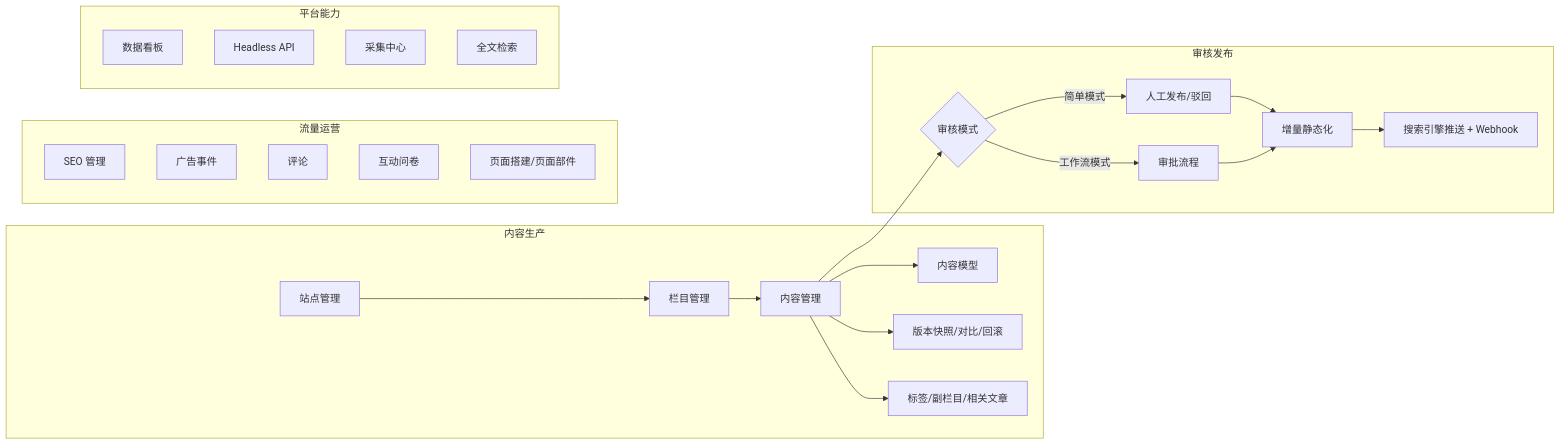
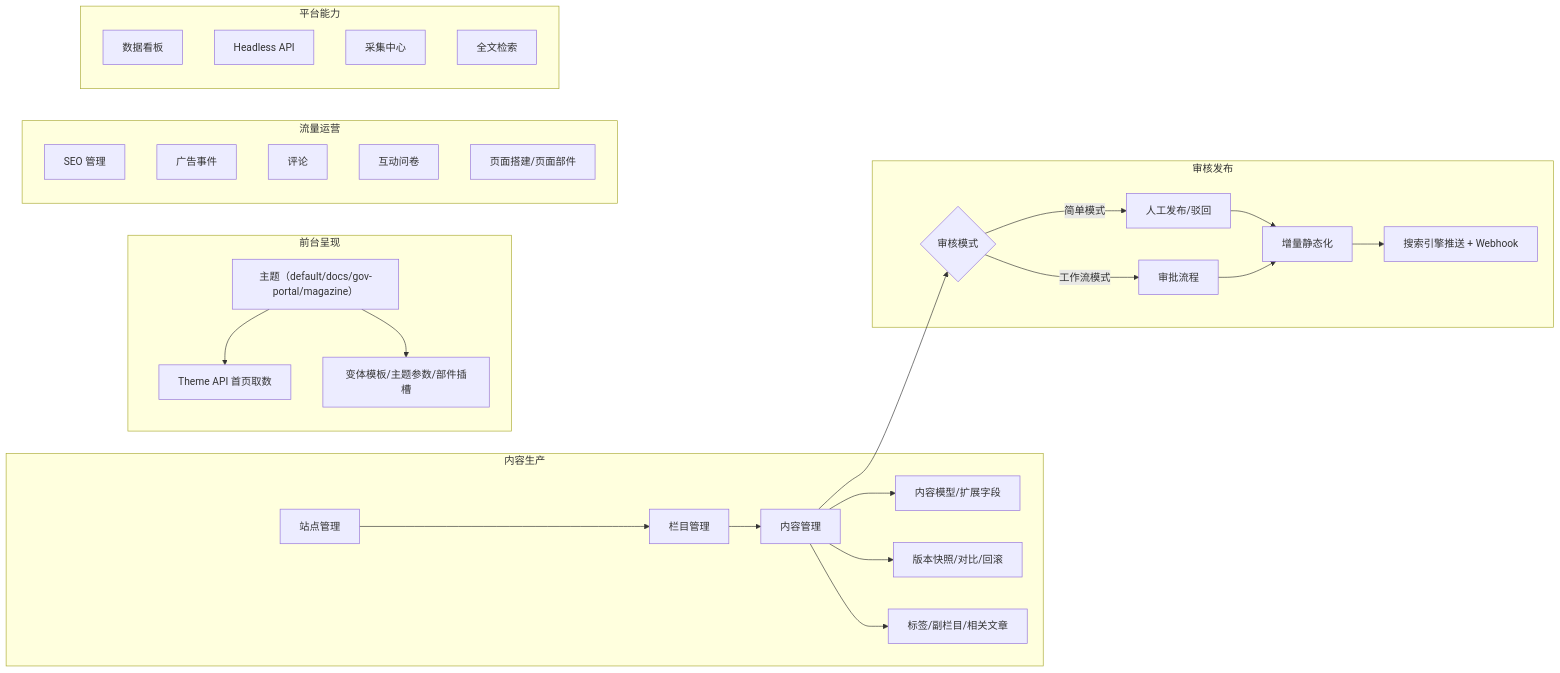
One commit to WuZhangTing/zenith-admin changed the diagram in docs/cms/index.md. Above: the diagram before and after it, drawn with Mermaid. The commit also changed other lines of this file and 9 other files, not shown here.

````diff
--- a/docs/cms/index.md
+++ b/docs/cms/index.md
@@ -7,23 +7,27 @@
 ```mermaid
 graph LR
     subgraph 内容生产
         A[站点管理] --> B[栏目管理]
         B --> C[内容管理]
-        C --> C1[内容模型]
+        C --> C1[内容模型/扩展字段]
         C --> C2[版本快照/对比/回滚]
         C --> C3[标签/副栏目/相关文章]
     end
     subgraph 审核发布
         C --> D{审核模式}
         D -->|简单模式| D1[人工发布/驳回]
         D -->|工作流模式| D2[审批流程]
         D1 & D2 --> E[增量静态化]
         E --> F[搜索引擎推送 + Webhook]
     end
+    subgraph 前台呈现
+        T[主题（default/docs/gov-portal/magazine）] --> T1[Theme API 首页取数]
+        T --> T2[变体模板/主题参数/部件插槽]
+    end
     subgraph 流量运营
         G[SEO 管理] & H[广告事件] & I[评论] & J[互动问卷] & K[页面搭建/页面部件]
     end
     subgraph 平台能力
         L[数据看板] & M[Headless API] & N[采集中心] & O[全文检索]
     end
 ```
````
